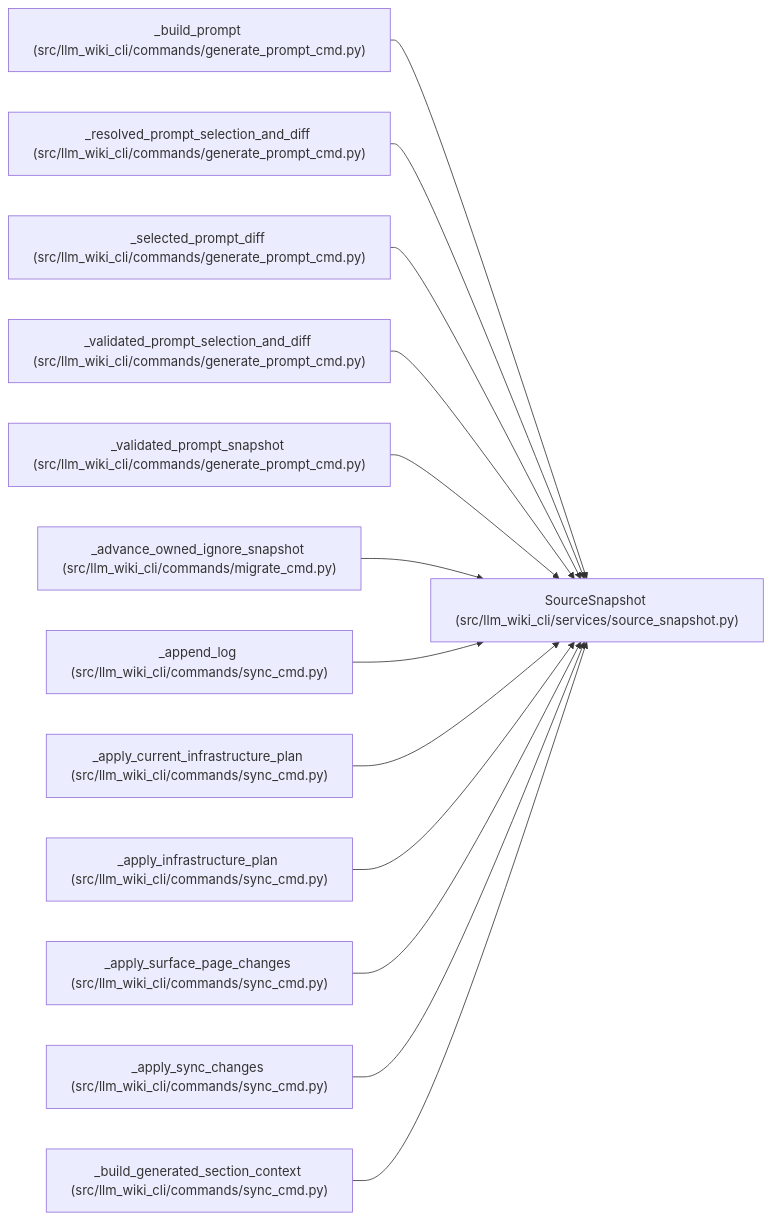
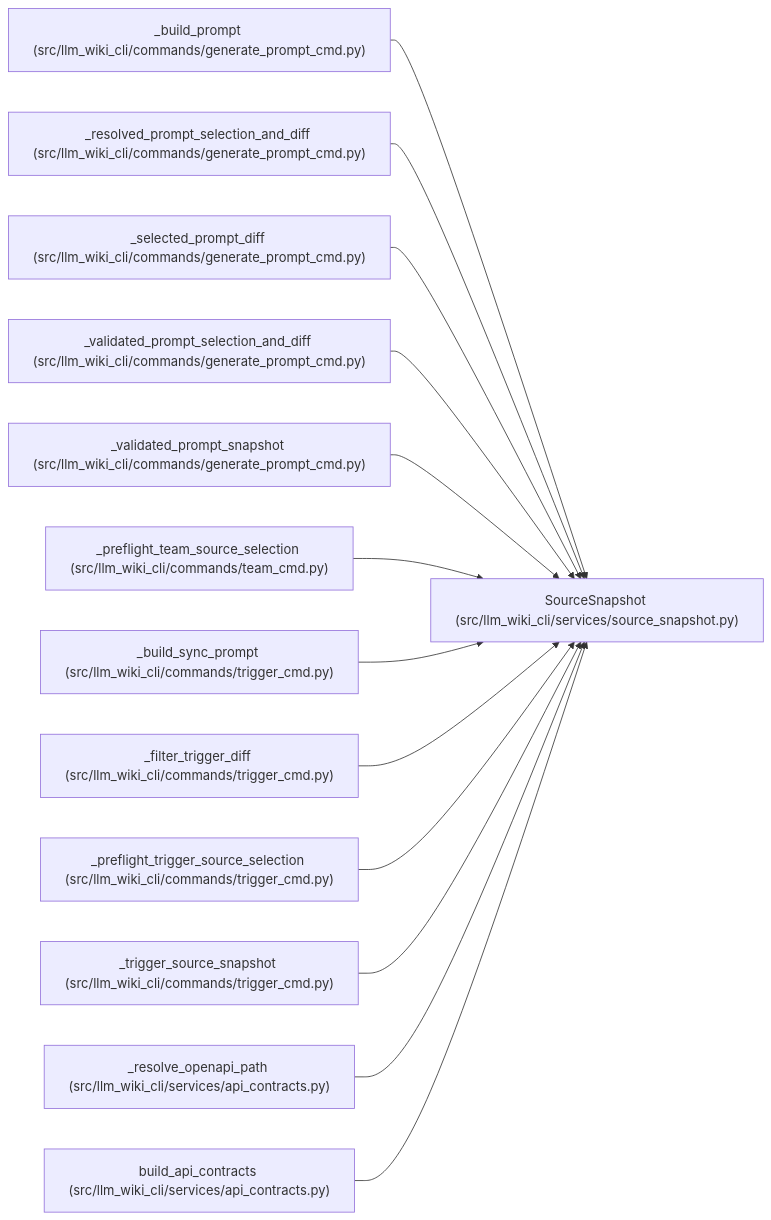
One commit to Denissvgn/python-wiki-llm changed the diagram in docs/llm_wiki/entities/SourceSnapshot.md. Above: the diagram before and after it, drawn with Mermaid. The commit also changed other lines of this file and 1555 other files, not shown here.

````diff
--- a/docs/llm_wiki/entities/SourceSnapshot.md
+++ b/docs/llm_wiki/entities/SourceSnapshot.md
@@ -63,41 +63,41 @@
 ```mermaid
 flowchart LR
     n0["SourceSnapshot (src/llm_wiki_cli/services/source_snapshot.py)"]
     n1["_build_prompt (src/llm_wiki_cli/commands/generate_prompt_cmd.py)"]
     n2["_resolved_prompt_selection_and_diff (src/llm_wiki_cli/commands/generate_prompt_cmd.py)"]
     n3["_selected_prompt_diff (src/llm_wiki_cli/commands/generate_prompt_cmd.py)"]
     n4["_validated_prompt_selection_and_diff (src/llm_wiki_cli/commands/generate_prompt_cmd.py)"]
     n5["_validated_prompt_snapshot (src/llm_wiki_cli/commands/generate_prompt_cmd.py)"]
-    n6["_advance_owned_ignore_snapshot (src/llm_wiki_cli/commands/migrate_cmd.py)"]
-    n7["_append_log (src/llm_wiki_cli/commands/sync_cmd.py)"]
-    n8["_apply_current_infrastructure_plan (src/llm_wiki_cli/commands/sync_cmd.py)"]
-    n9["_apply_infrastructure_plan (src/llm_wiki_cli/commands/sync_cmd.py)"]
-    n10["_apply_surface_page_changes (src/llm_wiki_cli/commands/sync_cmd.py)"]
-    n11["_apply_sync_changes (src/llm_wiki_cli/commands/sync_cmd.py)"]
-    n12["_build_generated_section_context (src/llm_wiki_cli/commands/sync_cmd.py)"]
+    n6["_preflight_team_source_selection (src/llm_wiki_cli/commands/team_cmd.py)"]
+    n7["_build_sync_prompt (src/llm_wiki_cli/commands/trigger_cmd.py)"]
+    n8["_filter_trigger_diff (src/llm_wiki_cli/commands/trigger_cmd.py)"]
+    n9["_preflight_trigger_source_selection (src/llm_wiki_cli/commands/trigger_cmd.py)"]
+    n10["_trigger_source_snapshot (src/llm_wiki_cli/commands/trigger_cmd.py)"]
+    n11["_resolve_openapi_path (src/llm_wiki_cli/services/api_contracts.py)"]
+    n12["build_api_contracts (src/llm_wiki_cli/services/api_contracts.py)"]
     n1 --> n0
     n2 --> n0
     n3 --> n0
     n4 --> n0
     n5 --> n0
     n6 --> n0
     n7 --> n0
     n8 --> n0
     n9 --> n0
     n10 --> n0
     n11 --> n0
     n12 --> n0
     click n0 "../modules/source_snapshot.md"
     click n1 "../modules/generate_prompt_cmd.md"
     click n2 "../modules/generate_prompt_cmd.md"
     click n3 "../modules/generate_prompt_cmd.md"
     click n4 "../modules/generate_prompt_cmd.md"
     click n5 "../modules/generate_prompt_cmd.md"
-    click n6 "../modules/migrate_cmd.md"
-    click n7 "../modules/sync_cmd.md"
-    click n8 "../modules/sync_cmd.md"
-    click n9 "../modules/sync_cmd.md"
-    click n10 "../modules/sync_cmd.md"
-    click n11 "../modules/sync_cmd.md"
-    click n12 "../modules/sync_cmd.md"
+    click n6 "../modules/team_cmd.md"
+    click n7 "../modules/trigger_cmd.md"
+    click n8 "../modules/trigger_cmd.md"
+    click n9 "../modules/trigger_cmd.md"
+    click n10 "../modules/trigger_cmd.md"
+    click n11 "../modules/api_contracts.md"
+    click n12 "../modules/api_contracts.md"
 ```
````
